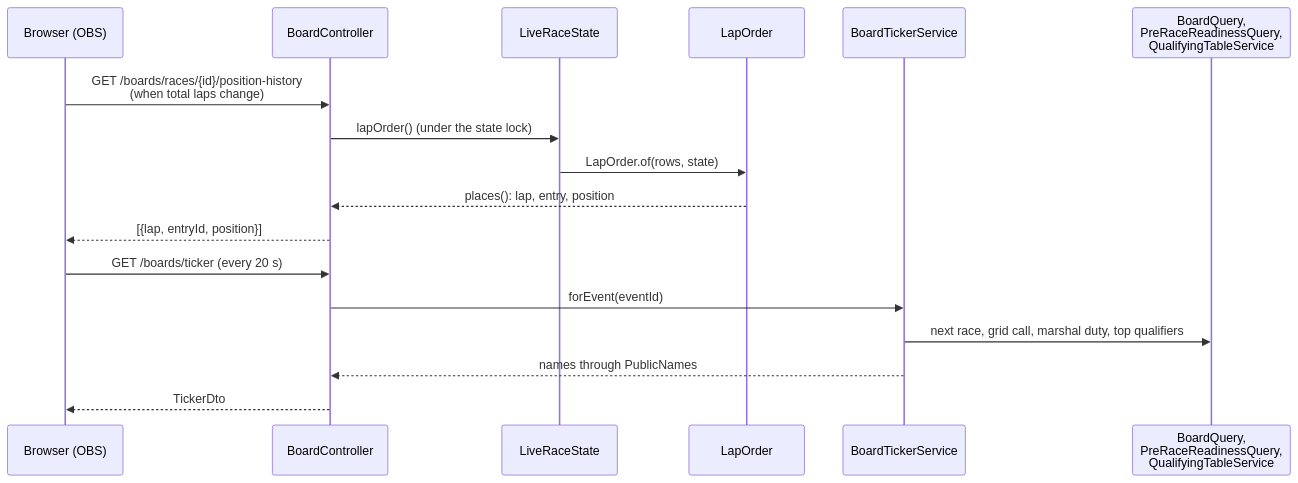
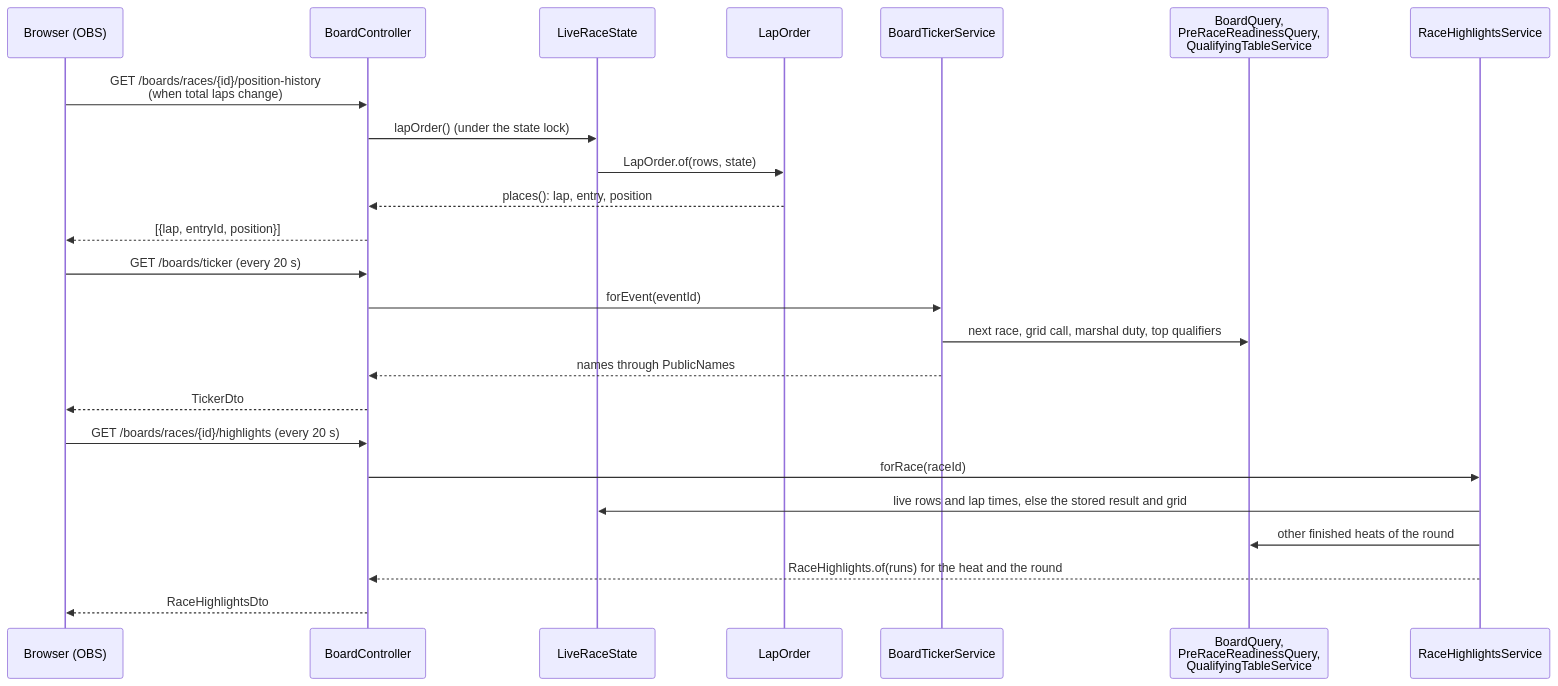
The sixth of 10 diagrams in docs/developer/sequences.md (RCRaceHub/RCTimingControl), drawn with Mermaid before and after one commit. The commit also changed other lines of this file and 16 other files, not shown here.

````diff
--- a/docs/developer/sequences.md
+++ b/docs/developer/sequences.md
@@ -201,20 +201,27 @@
 ```mermaid
 sequenceDiagram
     participant B as Browser (OBS)
     participant BC as BoardController
     participant LRS as LiveRaceState
     participant LO as LapOrder
     participant BTS as BoardTickerService
     participant Q as BoardQuery,<br/>PreRaceReadinessQuery,<br/>QualifyingTableService
+    participant RHS as RaceHighlightsService
 
     B->>BC: GET /boards/races/{id}/position-history<br/>(when total laps change)
     BC->>LRS: lapOrder() (under the state lock)
     LRS->>LO: LapOrder.of(rows, state)
     LO-->>BC: places(): lap, entry, position
     BC-->>B: [{lap, entryId, position}]
     B->>BC: GET /boards/ticker (every 20 s)
     BC->>BTS: forEvent(eventId)
     BTS->>Q: next race, grid call, marshal duty, top qualifiers
     BTS-->>BC: names through PublicNames
     BC-->>B: TickerDto
+    B->>BC: GET /boards/races/{id}/highlights (every 20 s)
+    BC->>RHS: forRace(raceId)
+    RHS->>LRS: live rows and lap times, else the stored result and grid
+    RHS->>Q: other finished heats of the round
+    RHS-->>BC: RaceHighlights.of(runs) for the heat and the round
+    BC-->>B: RaceHighlightsDto
 ```
````
